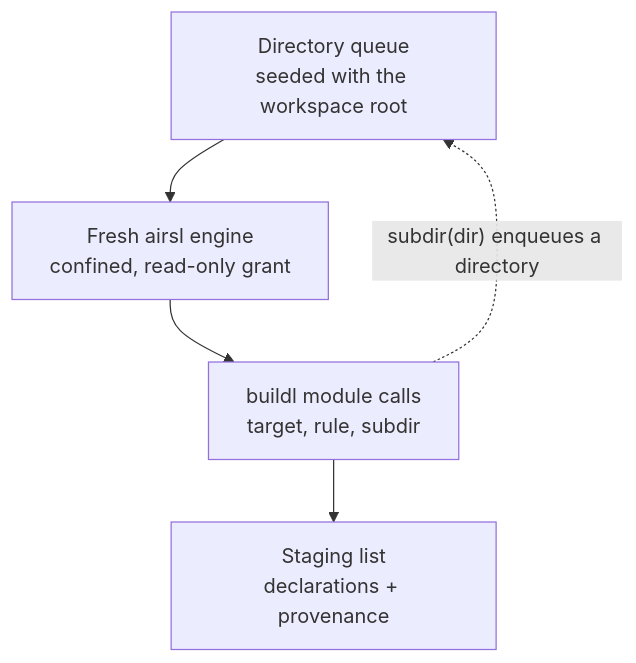
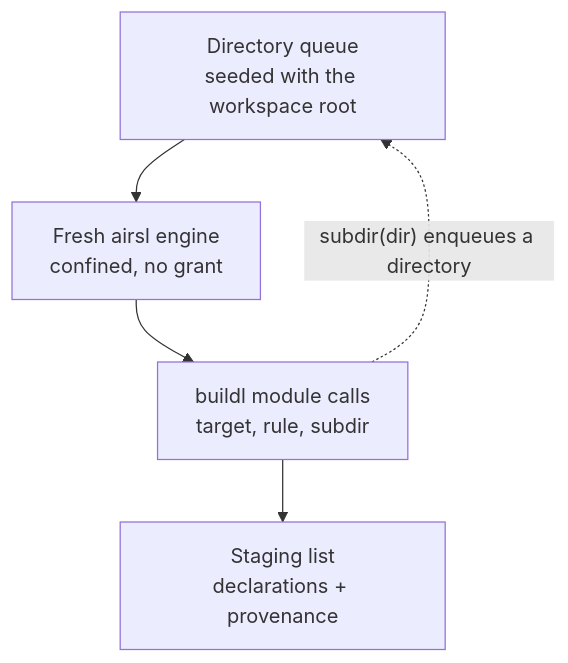
The fourth of 13 diagrams in docs/design.md (airsstack/buildl), drawn with Mermaid before and after one commit. The commit also changed other lines of this file and 54 other files, not shown here.

````diff
--- a/docs/design.md
+++ b/docs/design.md
@@ -203,8 +204,8 @@
 ```mermaid
 %% Load phase internals
 flowchart TD
-    Q["Directory queue<br/>seeded with the workspace root"] --> ENG["Fresh airsl engine<br/>confined, read-only grant"]
+    Q["Directory queue<br/>seeded with the workspace root"] --> ENG["Fresh airsl engine<br/>confined, no grant"]
     ENG --> CALLS["buildl module calls<br/>target, rule, subdir"]
     CALLS --> STAGE["Staging list<br/>declarations + provenance"]
     CALLS -. "subdir(dir) enqueues a directory" .-> Q
 ```
````
